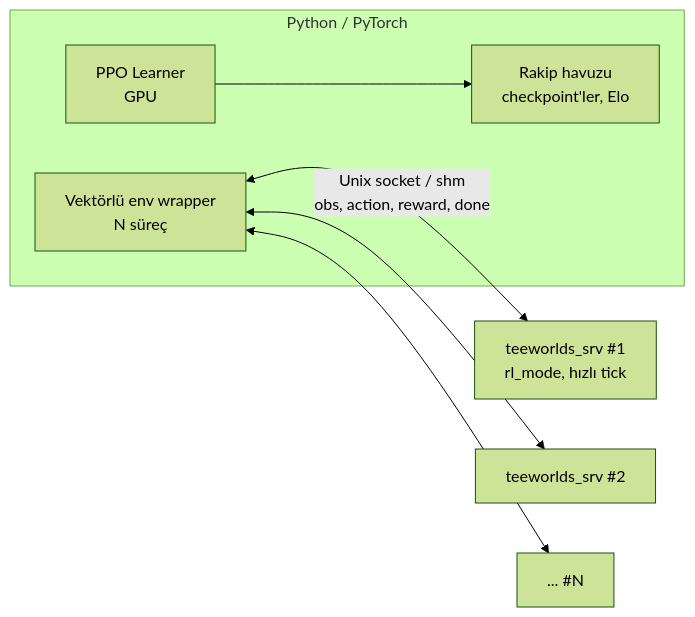
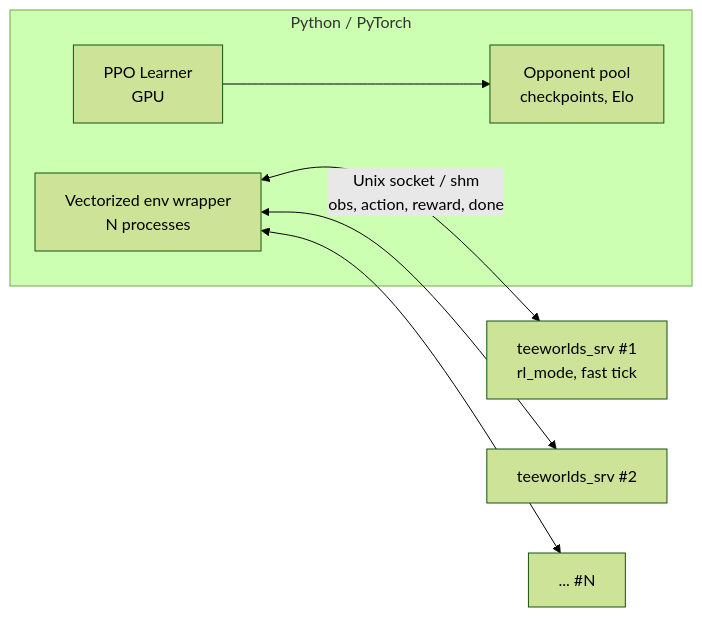
The diagram in README.md (CruelBedo19/teeworlds-rl), drawn with Mermaid (forest theme) before and after one commit. The commit also changed other lines of this file and 7 other files, not shown here.

````diff
--- a/README.md
+++ b/README.md
@@ -169,10 +169,10 @@
 ```mermaid
 flowchart LR
   subgraph Trainer["Python / PyTorch"]
-    PPO[PPO Learner<br/>GPU] --> POOL[Rakip havuzu<br/>checkpoint'ler, Elo]
-    BATCH[Vektörlü env wrapper<br/>N süreç]
+    PPO[PPO Learner<br/>GPU] --> POOL[Opponent pool<br/>checkpoints, Elo]
+    BATCH[Vectorized env wrapper<br/>N processes]
   end
-  BATCH <-->|Unix socket / shm<br/>obs, action, reward, done| S1[teeworlds_srv #1<br/>rl_mode, hızlı tick]
+  BATCH <-->|Unix socket / shm<br/>obs, action, reward, done| S1[teeworlds_srv #1<br/>rl_mode, fast tick]
   BATCH <--> S2[teeworlds_srv #2]
   BATCH <--> SN[... #N]
 ```
````
